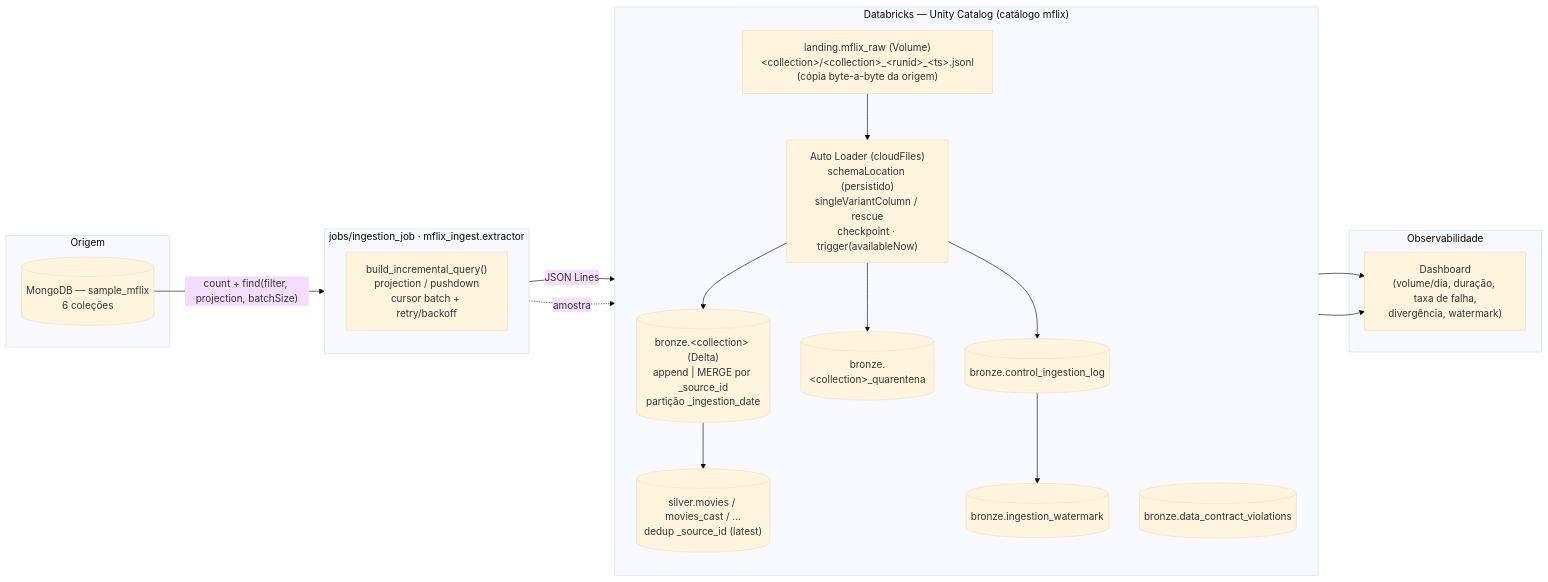
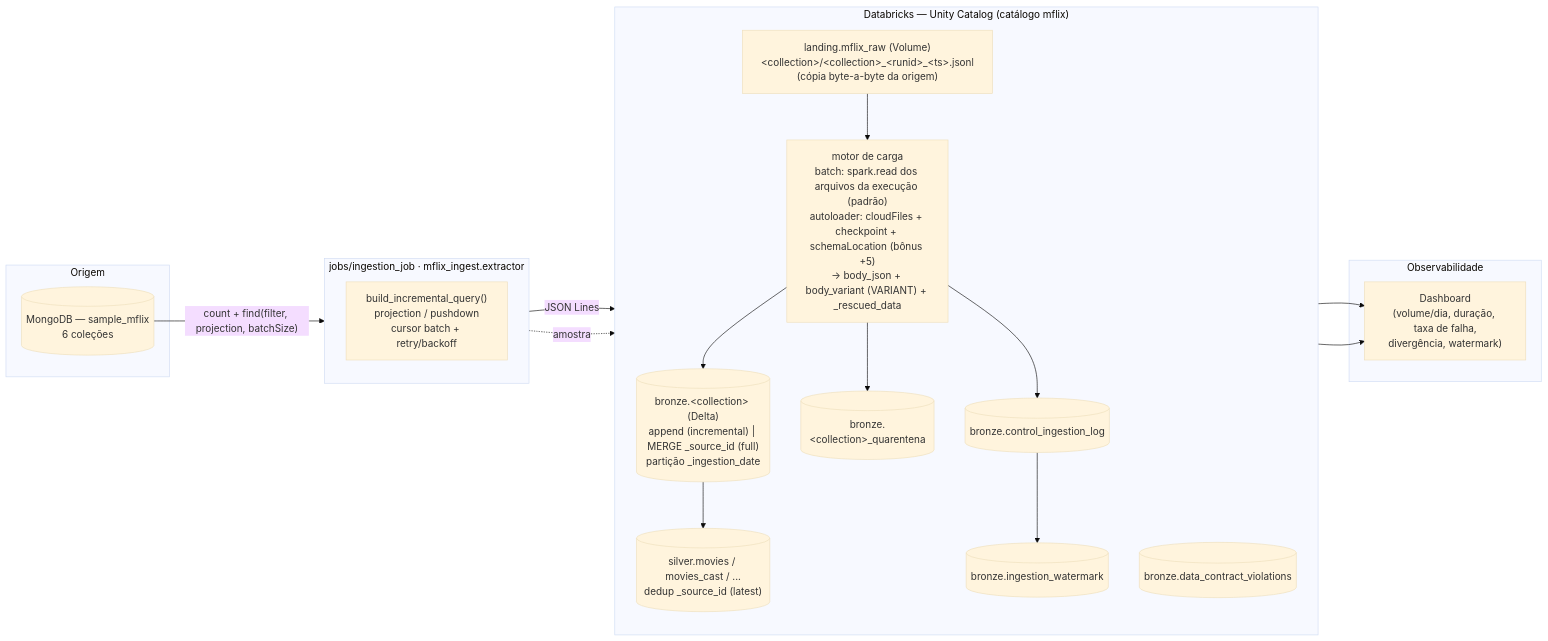
The diagram in docs/ARQUITETURA.md (hermeson883/T3-DE-INGESTAO), drawn with Mermaid (base theme) before and after one commit. The commit also changed other lines of this file and 10 other files, not shown here.

````diff
--- a/docs/ARQUITETURA.md
+++ b/docs/ARQUITETURA.md
@@ -10,39 +10,39 @@
 ```mermaid
 flowchart LR
     subgraph ORIGEM["Origem"]
         M[("MongoDB — sample_mflix\n6 coleções")]
     end
 
     subgraph EXTRACT["jobs/ingestion_job · mflix_ingest.extractor"]
         direction TB
         Q["build_incremental_query()\nprojection / pushdown\ncursor batch + retry/backoff"]
     end
 
     subgraph UC["Databricks — Unity Catalog (catálogo mflix)"]
         direction TB
         L["landing.mflix_raw (Volume)\n&lt;collection&gt;/&lt;collection&gt;_&lt;runid&gt;_&lt;ts&gt;.jsonl\n(cópia byte-a-byte da origem)"]
-        A["Auto Loader (cloudFiles)\nschemaLocation (persistido)\nsingleVariantColumn / rescue\ncheckpoint · trigger(availableNow)"]
-        B[("bronze.&lt;collection&gt; (Delta)\nappend | MERGE por _source_id\npartição _ingestion_date")]
+        A["motor de carga\nbatch: spark.read dos arquivos da execução (padrão)\nautoloader: cloudFiles + checkpoint + schemaLocation (bônus +5)\n-> body_json + body_variant (VARIANT) + _rescued_data"]
+        B[("bronze.&lt;collection&gt; (Delta)\nappend (incremental) | MERGE _source_id (full)\npartição _ingestion_date")]
         QN[("bronze.&lt;collection&gt;_quarentena")]
         C[("bronze.control_ingestion_log")]
         W[("bronze.ingestion_watermark")]
         V[("bronze.data_contract_violations")]
         S[("silver.movies / movies_cast / ...\ndedup _source_id (latest)")]
 
         L --> A --> B
         A --> QN
         B --> S
     end
 
     subgraph OBS["Observabilidade"]
         D["Dashboard\n(volume/dia, duração, taxa de falha,\ndivergência, watermark)"]
     end
 
     M -->|"count + find(filter, projection, batchSize)"| Q
     Q -->|"JSON Lines"| L
     Q -.->|"amostra"| V
     A --> C
     C --> W
     C --> D
     V --> D
 ```
````
